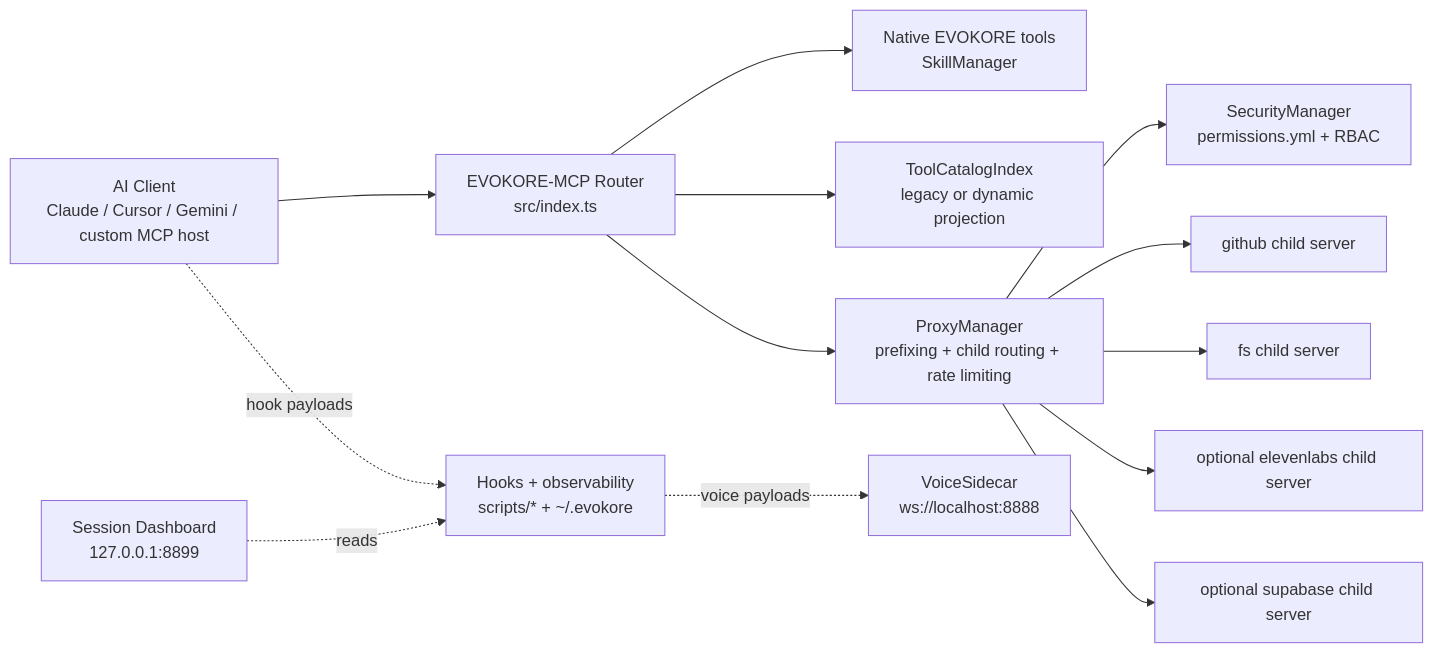
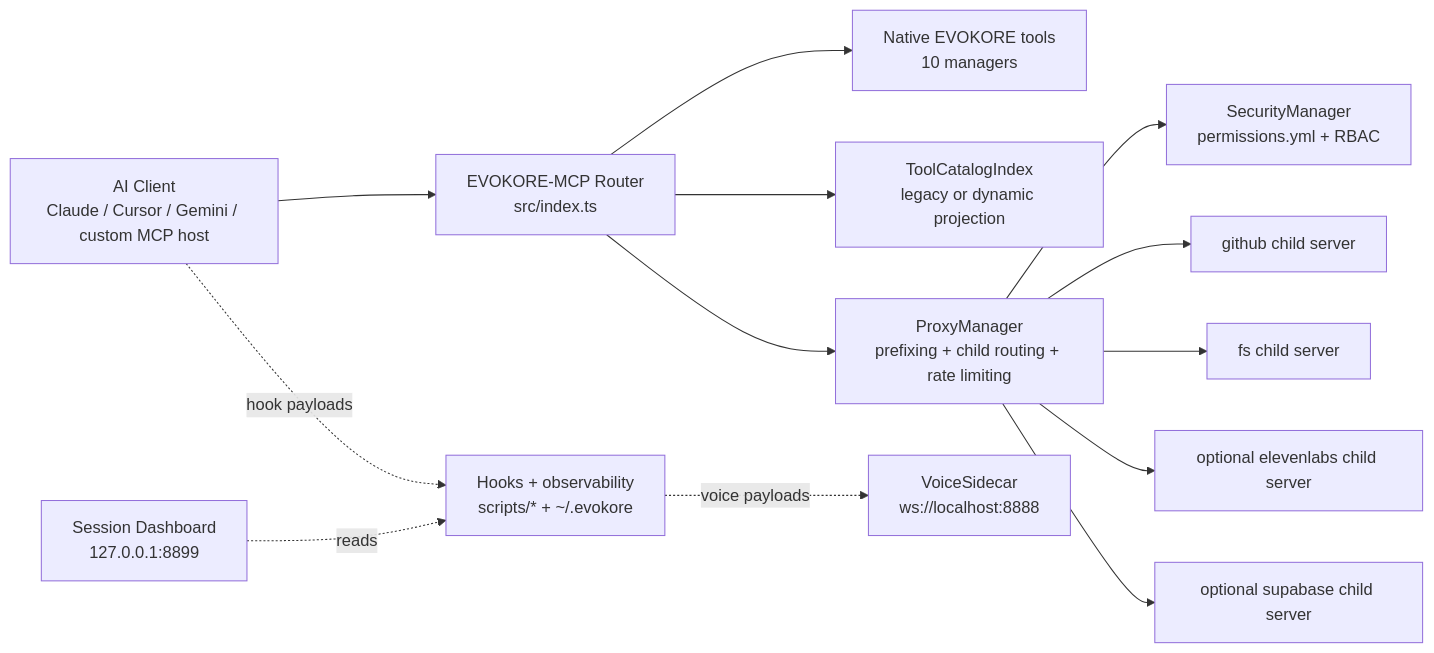
Before and after one commit to mattmre/EVOKORE-MCP-PUBLIC: the diagram in README.md, drawn with Mermaid. The commit also changed other lines of this file and 238 other files, not shown here.

````diff
--- a/README.md
+++ b/README.md
@@ -59,29 +135,29 @@
 ```mermaid
 flowchart LR
     Client[AI Client<br/>Claude / Cursor / Gemini / custom MCP host]
     Router[EVOKORE-MCP Router<br/>src/index.ts]
-    Native[Native EVOKORE tools<br/>SkillManager]
+    Native[Native EVOKORE tools<br/>10 managers]
     Catalog[ToolCatalogIndex<br/>legacy or dynamic projection]
     Security[SecurityManager<br/>permissions.yml + RBAC]
     Proxy[ProxyManager<br/>prefixing + child routing + rate limiting]
     GitHub[github child server]
     FS[fs child server]
     Eleven[optional elevenlabs child server]
     Supa[optional supabase child server]
     Hooks[Hooks + observability<br/>scripts/* + ~/.evokore]
     Sidecar[VoiceSidecar<br/>ws://localhost:8888]
     Dashboard[Session Dashboard<br/>127.0.0.1:8899]
 
     Client --> Router
     Router --> Native
     Router --> Catalog
     Router --> Proxy
     Proxy --> Security
     Proxy --> GitHub
     Proxy --> FS
     Proxy --> Eleven
     Proxy --> Supa
     Client -. hook payloads .-> Hooks
     Hooks -. voice payloads .-> Sidecar
     Dashboard -. reads .-> Hooks
 ```
````
